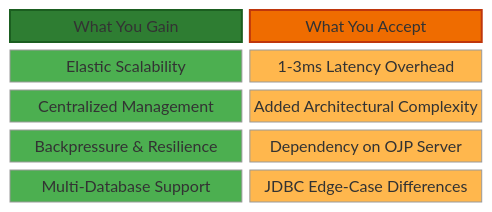
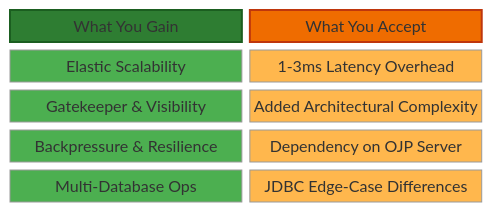
Before and after one commit to Open-J-Proxy/ojp: diagram 13 of 15 in documents/ebook/part1-chapter1-introduction.md, drawn with Mermaid (neutral theme). The commit also changed other lines of this file, not shown here.

````diff
--- a/documents/ebook/part1-chapter1-introduction.md
+++ b/documents/ebook/part1-chapter1-introduction.md
@@ -566,22 +607,22 @@
 ```mermaid
 block-beta
 columns 2
   GH["What You Gain"] AH["What You Accept"]
   G1["Elastic Scalability"] A1["1-3ms Latency Overhead"]
-  G2["Centralized Management"] A2["Added Architectural Complexity"]
+  G2["Gatekeeper & Visibility"] A2["Added Architectural Complexity"]
   G3["Backpressure & Resilience"] A3["Dependency on OJP Server"]
-  G4["Multi-Database Support"] A4["JDBC Edge-Case Differences"]
+  G4["Multi-Database Ops"] A4["JDBC Edge-Case Differences"]
 
   style GH fill:#2e7d32,color:#fff,stroke:#1b5e20,stroke-width:2px
   style AH fill:#ef6c00,color:#fff,stroke:#bf360c,stroke-width:2px
 
   style G1 fill:#4caf50,color:#fff
   style G2 fill:#4caf50,color:#fff
   style G3 fill:#4caf50,color:#fff
   style G4 fill:#4caf50,color:#fff
 
   style A1 fill:#ffb74d
   style A2 fill:#ffb74d
   style A3 fill:#ffb74d
   style A4 fill:#ffb74d
 ```
````
